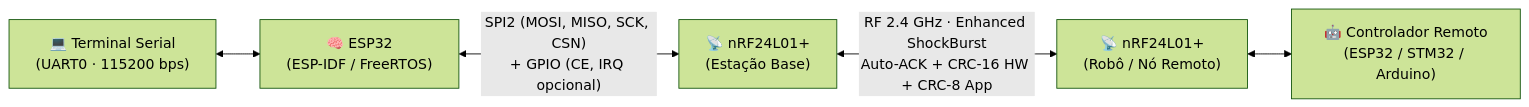
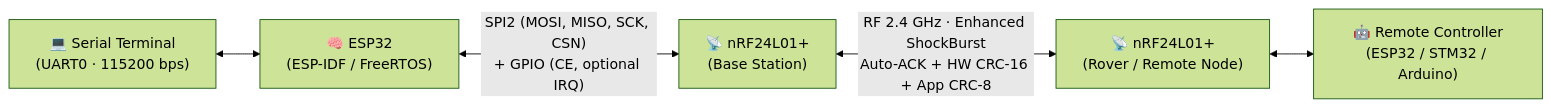
One commit to Paludeto/esp32-station changed the first of 2 diagrams in README.md. Above: the diagram before and after it, drawn with Mermaid (forest theme). The commit also changed other lines of this file and 11 other files, not shown here.

````diff
--- a/README.md
+++ b/README.md
@@ -55,7 +55,7 @@
 ```mermaid
 flowchart LR
-    PC["💻 Terminal Serial\n(UART0 · 115200 bps)"] <--> ESP["🧠 ESP32\n(ESP-IDF / FreeRTOS)"]
-    ESP <-->|"SPI2 (MOSI, MISO, SCK, CSN)\n+ GPIO (CE, IRQ opcional)"| NRF1["📡 nRF24L01+\n(Estação Base)"]
-    NRF1 <-->|"RF 2.4 GHz · Enhanced ShockBurst\nAuto-ACK + CRC-16 HW + CRC-8 App"| NRF2["📡 nRF24L01+\n(Robô / Nó Remoto)"]
-    NRF2 <--> NODE["🤖 Controlador Remoto\n(ESP32 / STM32 / Arduino)"]
+    PC["💻 Serial Terminal\n(UART0 · 115200 bps)"] <--> ESP["🧠 ESP32\n(ESP-IDF / FreeRTOS)"]
+    ESP <-->|"SPI2 (MOSI, MISO, SCK, CSN)\n+ GPIO (CE, optional IRQ)"| NRF1["📡 nRF24L01+\n(Base Station)"]
+    NRF1 <-->|"RF 2.4 GHz · Enhanced ShockBurst\nAuto-ACK + HW CRC-16 + App CRC-8"| NRF2["📡 nRF24L01+\n(Rover / Remote Node)"]
+    NRF2 <--> NODE["🤖 Remote Controller\n(ESP32 / STM32 / Arduino)"]
 ```
````
